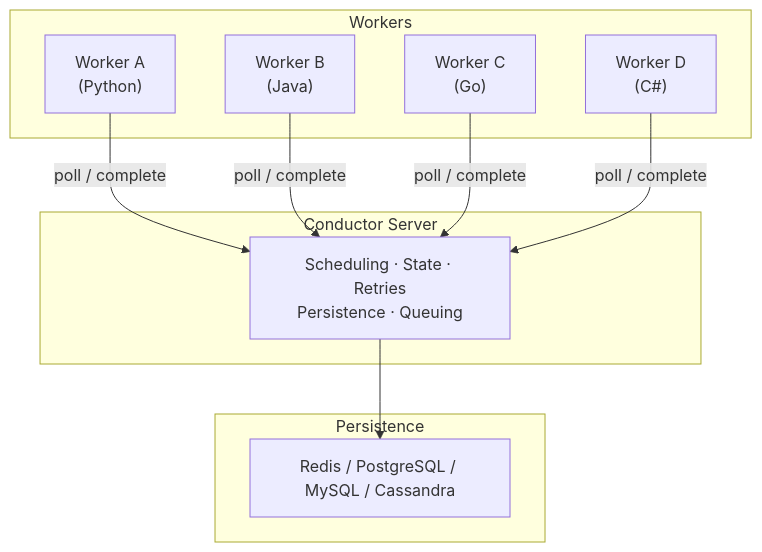
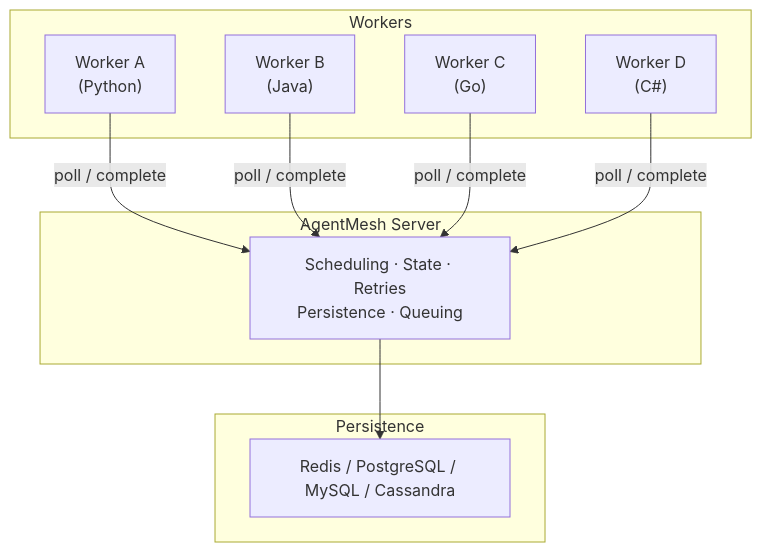
The diagram in docs/devguide/concepts/conductor.md (NitishKumar-ai/agemt-mesh), drawn with Mermaid before and after one commit. The commit also changed other lines of this file and 1143 other files, not shown here.

````diff
--- a/docs/devguide/concepts/conductor.md
+++ b/docs/devguide/concepts/conductor.md
@@ -86,23 +86,23 @@
 ```mermaid
 graph TD
     subgraph Workers
         A["Worker A<br/>(Python)"]
         B["Worker B<br/>(Java)"]
         C["Worker C<br/>(Go)"]
         D["Worker D<br/>(C#)"]
     end
 
-    subgraph Server["Conductor Server"]
+    subgraph Server["AgentMesh Server"]
         S["Scheduling · State · Retries<br/>Persistence · Queuing"]
     end
 
     subgraph Storage["Persistence"]
         DB["Redis / PostgreSQL / MySQL / Cassandra"]
     end
 
     A -- "poll / complete" --> S
     B -- "poll / complete" --> S
     C -- "poll / complete" --> S
     D -- "poll / complete" --> S
     S --> DB
 ```
````
